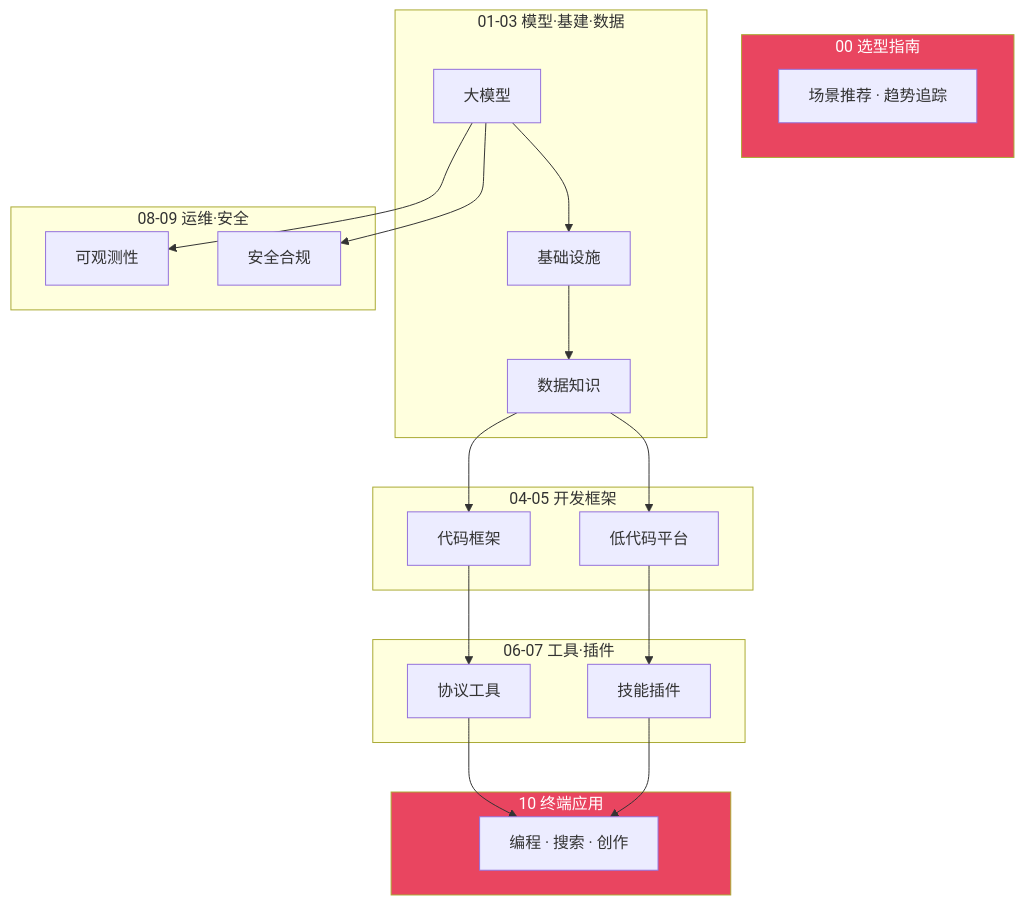
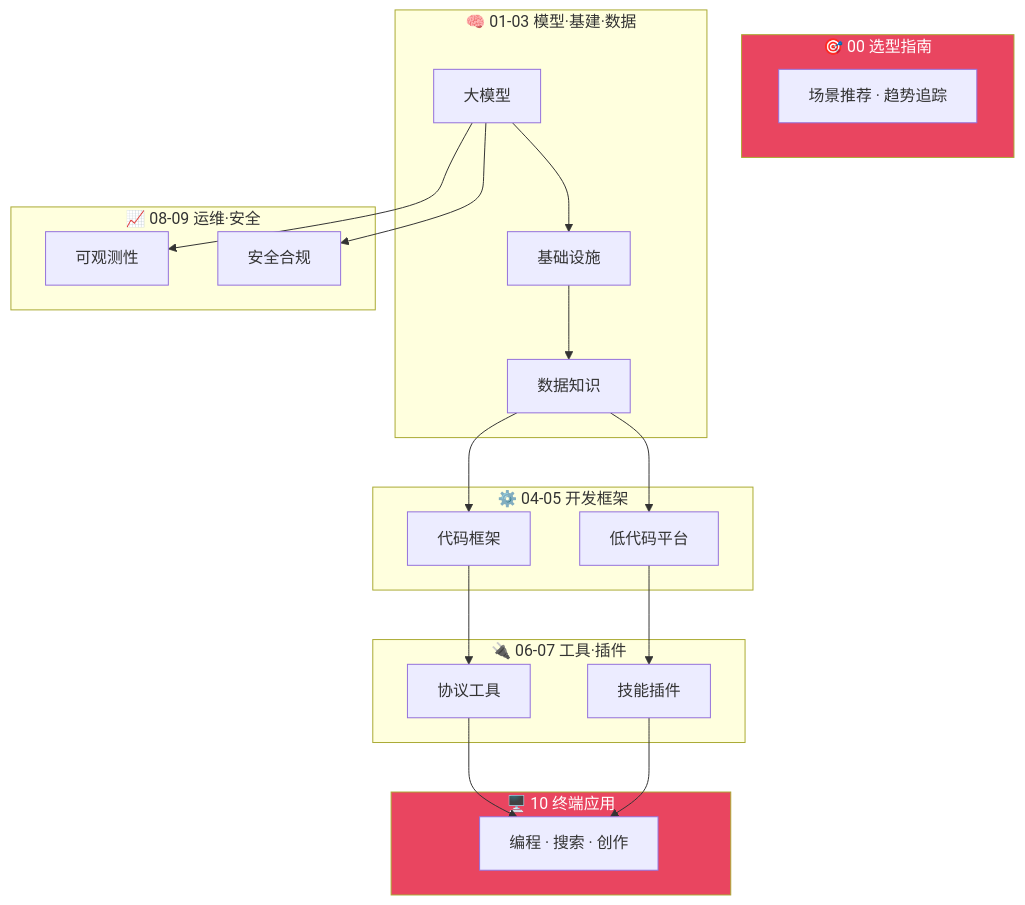
The diagram in README.md (LuckyOneTwoThree/ai-landscape), drawn with Mermaid before and after one commit. The commit also changed other lines of this file and 1 other file, not shown here.

````diff
--- a/README.md
+++ b/README.md
@@ -11,29 +51,29 @@
 ```mermaid
 graph TD
-    subgraph L0["00 选型指南"]
+    subgraph L0["🎯 00 选型指南"]
         T[场景推荐 · 趋势追踪]
     end
-    subgraph L1["01-03 模型·基建·数据"]
+    subgraph L1["🧠 01-03 模型·基建·数据"]
         M[大模型] --> I[基础设施]
         I --> D[数据知识]
     end
-    subgraph L45["04-05 开发框架"]
+    subgraph L45["⚙️ 04-05 开发框架"]
         F[代码框架] & L[低代码平台]
     end
-    subgraph L67["06-07 工具·插件"]
+    subgraph L67["🔌 06-07 工具·插件"]
         P[协议工具] & S[技能插件]
     end
-    subgraph L89["08-09 运维·安全"]
+    subgraph L89["📈 08-09 运维·安全"]
         O[可观测性] & G[安全合规]
     end
-    subgraph LA["10 终端应用"]
+    subgraph LA["🖥️ 10 终端应用"]
         A[编程 · 搜索 · 创作]
     end
     D --> F & L
     F --> P
     L --> S
     P & S --> A
     M --> O & G
     style L0 fill:#e94560,color:#fff
     style LA fill:#e94560,color:#fff
 ```
````
